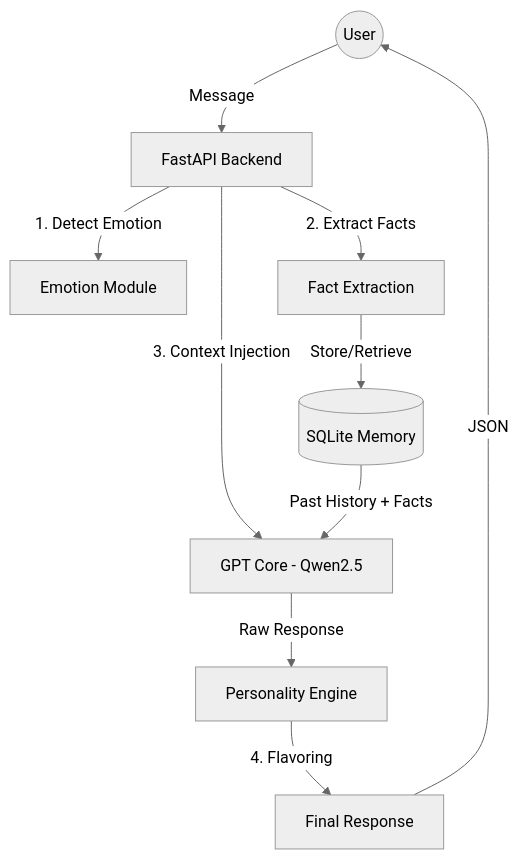
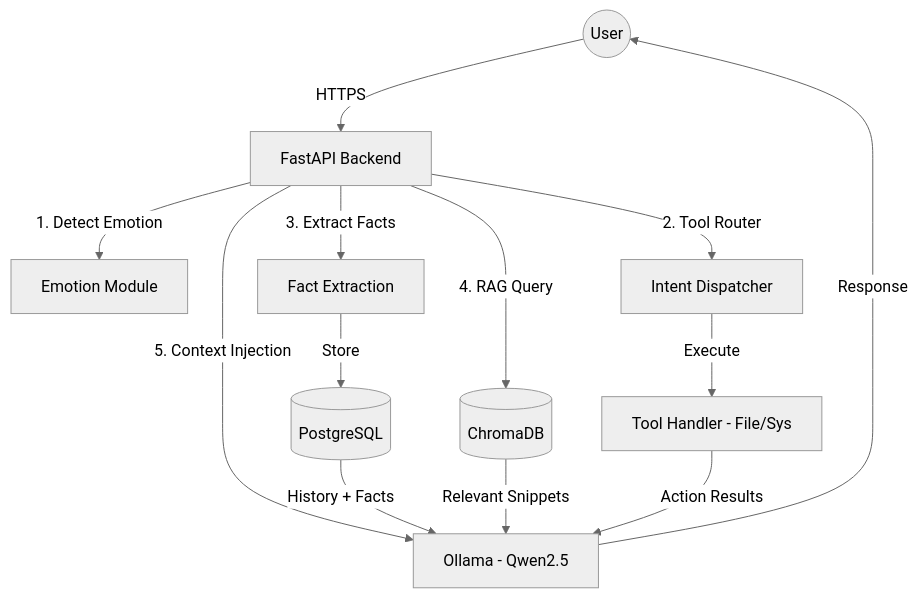
Before and after one commit to krutiktikam/personalized-gpt: the diagram in README.md, drawn with Mermaid (neutral theme). The commit also changed other lines of this file and 17 other files, not shown here.

````diff
--- a/README.md
+++ b/README.md
@@ -30,12 +31,15 @@
 ```mermaid
 graph TD
-    User((User)) -->|Message| API[FastAPI Backend]
+    User((User)) -->|HTTPS| API[FastAPI Backend]
     API -->|1. Detect Emotion| Emotion[Emotion Module]
-    API -->|2. Extract Facts| Extract[Fact Extraction]
-    Extract -->|Store/Retrieve| DB[(SQLite Memory)]
-    API -->|3. Context Injection| LLM[GPT Core - Qwen2.5]
-    DB -->|Past History + Facts| LLM
-    LLM -->|Raw Response| Personality[Personality Engine]
-    Personality -->|4. Flavoring| Final[Final Response]
-    Final -->|JSON| User
+    API -->|2. Tool Router| Router[Intent Dispatcher]
+    Router -->|Execute| Tools[Tool Handler - File/Sys]
+    API -->|3. Extract Facts| Extract[Fact Extraction]
+    Extract -->|Store| DB[(PostgreSQL)]
+    API -->|4. RAG Query| Vector[(ChromaDB)]
+    API -->|5. Context Injection| LLM[Ollama - Qwen2.5]
+    DB -->|History + Facts| LLM
+    Vector -->|Relevant Snippets| LLM
+    Tools -->|Action Results| LLM
+    LLM -->|Response| User
 ```
````
